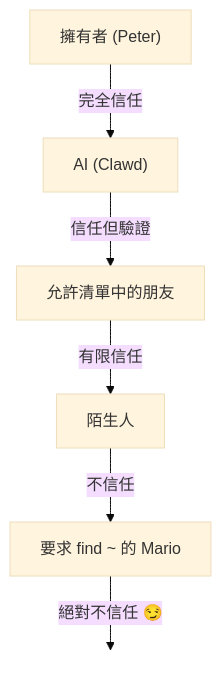
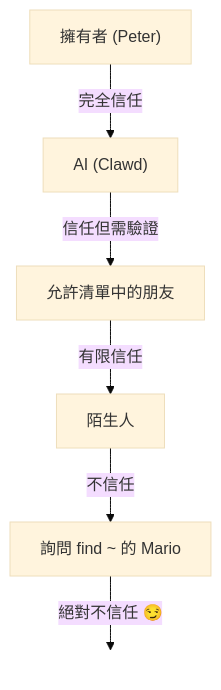
The diagram in docs/zh-TW/gateway/security/index.md (openclaw/openclaw), drawn with Mermaid (base theme) before and after one commit. The commit also changed other lines of this file and 321 other files, not shown here.

````diff
--- a/docs/zh-TW/gateway/security/index.md
+++ b/docs/zh-TW/gateway/security/index.md
@@ -756,12 +756,12 @@
 ```mermaid
 flowchart TB
     A["擁有者 (Peter)"] -- 完全信任 --> B["AI (Clawd)"]
-    B -- 信任但驗證 --> C["允許清單中的朋友"]
+    B -- 信任但需驗證 --> C["允許清單中的朋友"]
     C -- 有限信任 --> D["陌生人"]
-    D -- 不信任 --> E["要求 find ~ 的 Mario"]
+    D -- 不信任 --> E["詢問 find ~ 的 Mario"]
     E -- 絕對不信任 😏 --> F[" "]
 
-     %% The transparent box is needed to show the bottom-most label correctly
+     %% 為了正確顯示最底部的標籤，需要一個透明框
      F:::Class_transparent_box
     classDef Class_transparent_box fill:transparent, stroke:transparent
 ```
````
